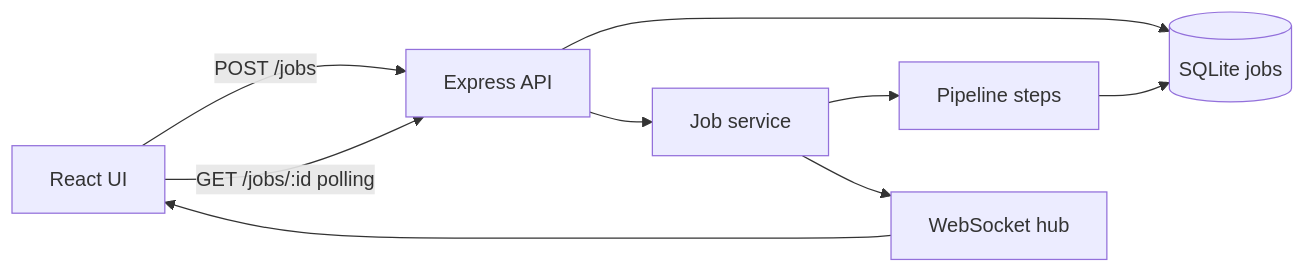
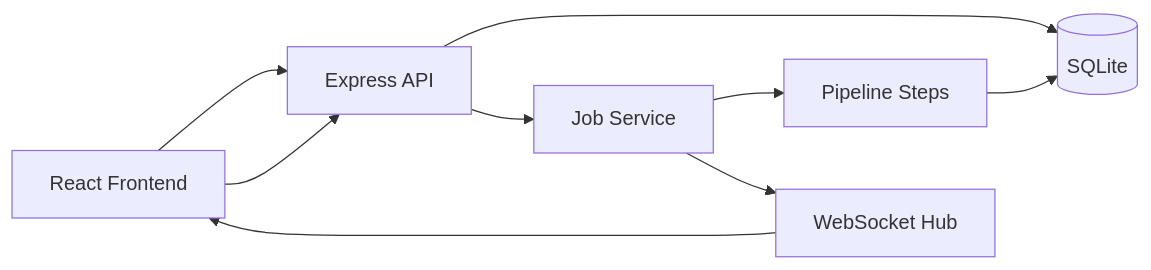
One commit to RomanPie2020/test-task-blockflow changed the diagram in README.md. Above: the diagram before and after it, drawn with Mermaid. The commit also changed other lines of this file, not shown here.

````diff
--- a/README.md
+++ b/README.md
@@ -31,11 +31,18 @@
 ```mermaid
 flowchart LR
-  UI[React UI] -->|POST /jobs| API[Express API]
-  API --> DB[(SQLite jobs)]
-  API --> JOB[Job service]
-  JOB --> PIPE[Pipeline steps]
+  UI[React Frontend]
+  API[Express API]
+  DB[(SQLite)]
+  JOB[Job Service]
+  PIPE[Pipeline Steps]
+  WS[WebSocket Hub]
+
+  UI --> API
+  API --> DB
+  API --> JOB
+  JOB --> PIPE
   PIPE --> DB
-  JOB --> WS[WebSocket hub]
+  JOB --> WS
   WS --> UI
-  UI -->|GET /jobs/:id polling| API
+  UI --> API
 ```
````
